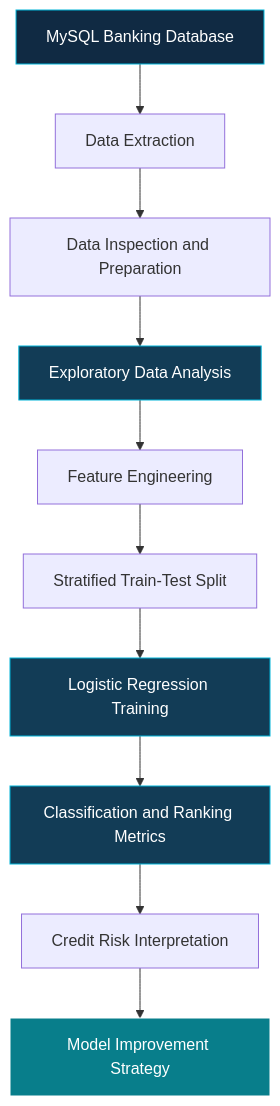
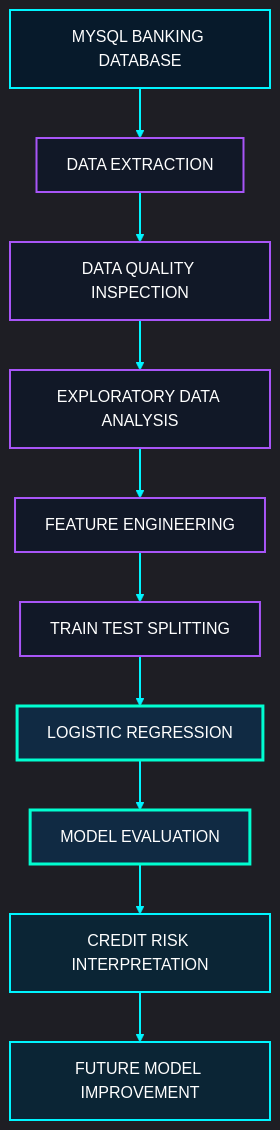
Before and after one commit to govardhan-goud123/Bank_Good_credit: the first of 4 diagrams in README.md, drawn with Mermaid. The commit also changed other lines of this file, not shown here.

````diff
--- a/README.md
+++ b/README.md
@@ -108,29 +121,25 @@
-```mermaid
+```mermaid id="8yq6bm"
+%%{init: {'theme':'dark','themeVariables': {'primaryColor':'#10172A','primaryTextColor':'#00F5FF','primaryBorderColor':'#00F5FF','lineColor':'#A855F7','secondaryColor':'#111827','tertiaryColor':'#0B2535','fontFamily':'Consolas'}}}%%
 flowchart TD
-    A["MySQL Banking Database"]
-    B["Data Extraction"]
-    C["Data Inspection and Preparation"]
-    D["Exploratory Data Analysis"]
-    E["Feature Engineering"]
-    F["Stratified Train-Test Split"]
-    G["Logistic Regression Training"]
-    H["Classification and Ranking Metrics"]
-    I["Credit Risk Interpretation"]
-    J["Model Improvement Strategy"]
+    A["MYSQL BANKING DATABASE"] --> B["DATA EXTRACTION"]
+    B --> C["DATA QUALITY INSPECTION"]
+    C --> D["EXPLORATORY DATA ANALYSIS"]
+    D --> E["FEATURE ENGINEERING"]
+    E --> F["TRAIN TEST SPLITTING"]
+    F --> G["LOGISTIC REGRESSION"]
+    G --> H["MODEL EVALUATION"]
+    H --> I["CREDIT RISK INTERPRETATION"]
+    I --> J["FUTURE MODEL IMPROVEMENT"]
 
-    A --> B
-    B --> C
-    C --> D
-    D --> E
-    E --> F
-    F --> G
-    G --> H
-    H --> I
-    I --> J
+    classDef source fill:#071A2B,stroke:#00F5FF,color:#FFFFFF,stroke-width:2px
+    classDef process fill:#111827,stroke:#A855F7,color:#FFFFFF,stroke-width:2px
+    classDef model fill:#102A43,stroke:#00FFD1,color:#FFFFFF,stroke-width:3px
+    classDef output fill:#0B2535,stroke:#00F5FF,color:#FFFFFF,stroke-width:2px
 
-    style A fill:#102A43,color:#FFFFFF,stroke:#00B4D8
-    style D fill:#123C56,color:#FFFFFF,stroke:#00B4D8
-    style G fill:#123C56,color:#FFFFFF,stroke:#00B4D8
-    style H fill:#123C56,color:#FFFFFF,stroke:#00B4D8
-    style J fill:#087E8B,color:#FFFFFF,stroke:#FFFFFF
+    class A source
+    class B,C,D,E,F process
+    class G,H model
+    class I,J output
+
+    linkStyle default stroke:#00F5FF,stroke-width:2px
 ```
````
